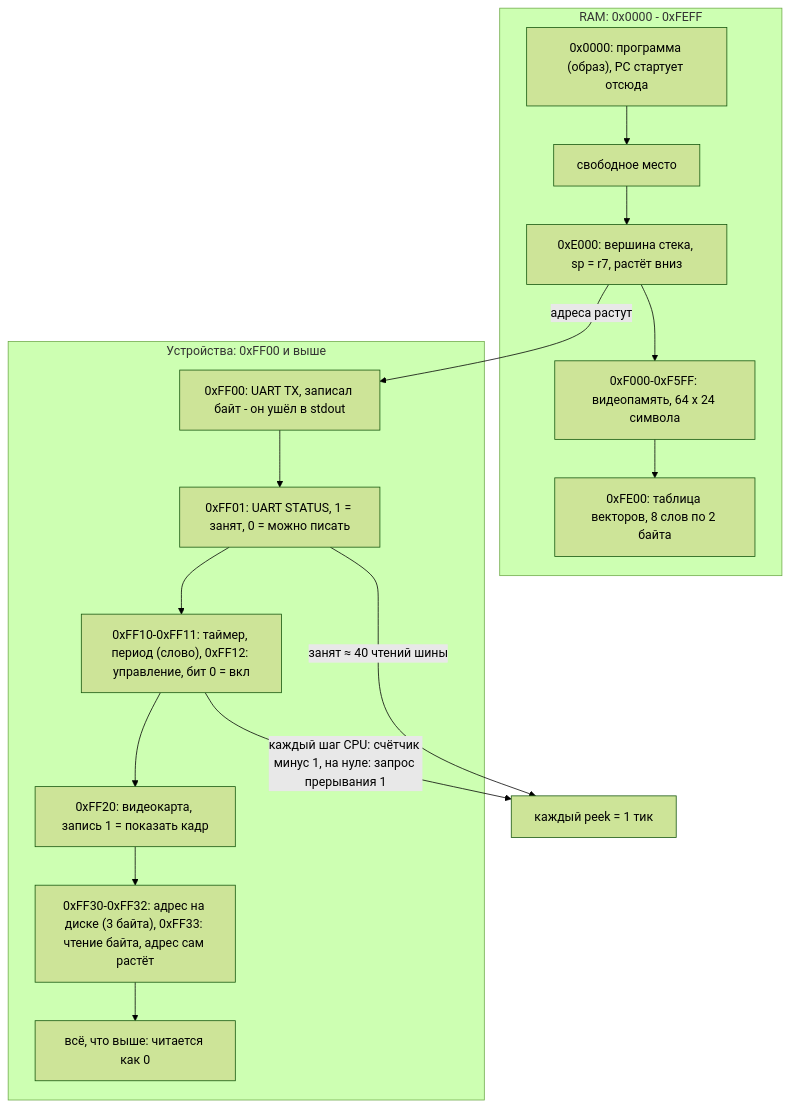
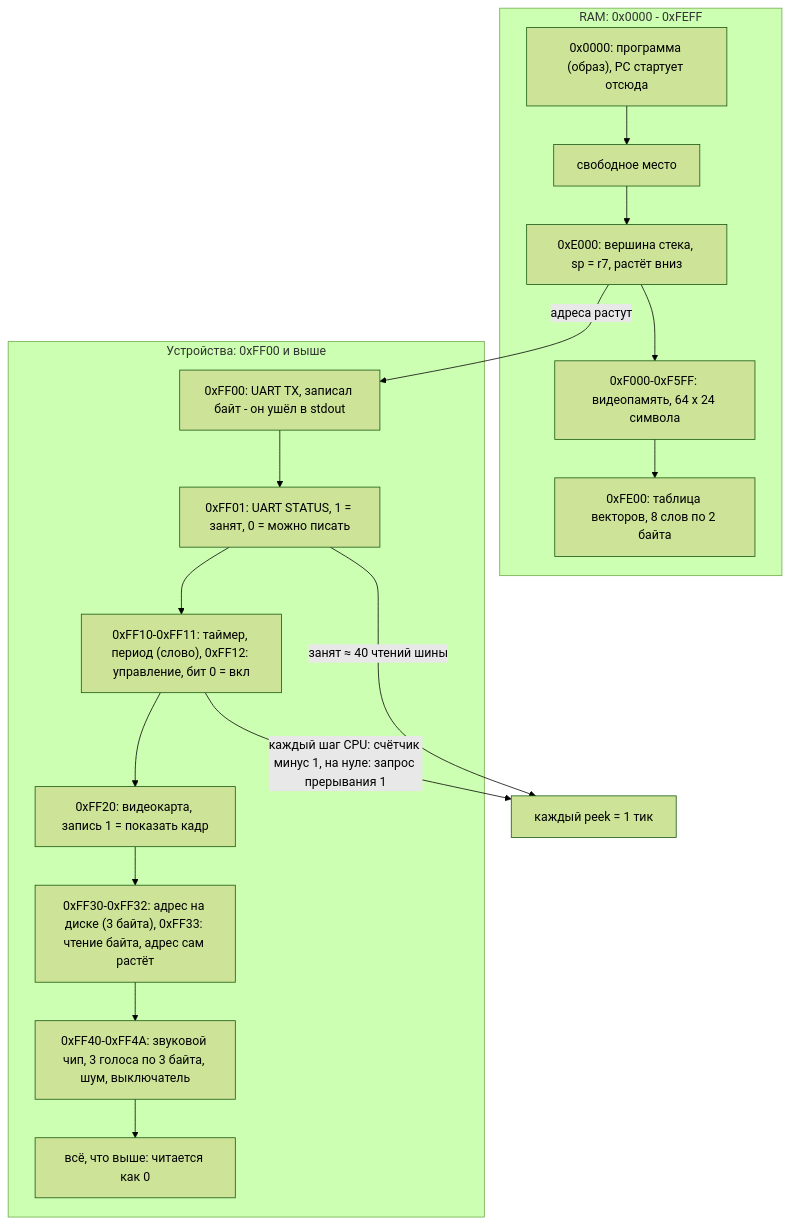
The fifth of 15 diagrams in чертежи.md (loki5512344ss/SummumOS), drawn with Mermaid (forest theme) before and after one commit. The commit also changed other lines of this file and 5 other files, not shown here.

````diff
--- a/чертежи.md
+++ b/чертежи.md
@@ -81,25 +81,26 @@
 ```mermaid
 graph TB
     subgraph RAM["RAM: 0x0000 - 0xFEFF"]
         prog["0x0000: программа (образ), PC стартует отсюда"]
         free["свободное место"]
         stack["0xE000: вершина стека, sp = r7, растёт вниз"]
         vram["0xF000-0xF5FF: видеопамять, 64 x 24 символа"]
         vt["0xFE00: таблица векторов, 8 слов по 2 байта"]
         prog --> free --> stack --> vram --> vt
     end
 
     subgraph MMIO["Устройства: 0xFF00 и выше"]
         tx["0xFF00: UART TX, записал байт - он ушёл в stdout"]
         st["0xFF01: UART STATUS, 1 = занят, 0 = можно писать"]
         vid["0xFF20: видеокарта, запись 1 = показать кадр"]
         disk["0xFF30-0xFF32: адрес на диске (3 байта), 0xFF33: чтение байта, адрес сам растёт"]
+        psg["0xFF40-0xFF4A: звуковой чип, 3 голоса по 3 байта, шум, выключатель"]
         tm["0xFF10-0xFF11: таймер, период (слово), 0xFF12: управление, бит 0 = вкл"]
         rest["всё, что выше: читается как 0"]
-        tx --> st --> tm --> vid --> disk --> rest
+        tx --> st --> tm --> vid --> disk --> psg --> rest
     end
 
     stack -->|"адреса растут"| tx
     st -->|"занят ≈ 40 чтений шины"| tick["каждый peek = 1 тик"]
     tm -->|"каждый шаг CPU: счётчик минус 1, на нуле: запрос прерывания 1"| tick
 ```
````
